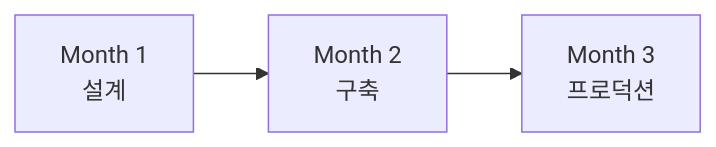
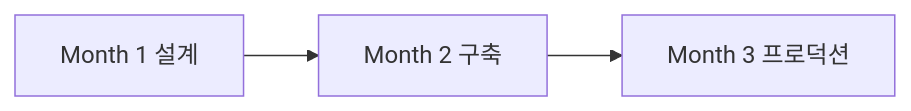
The first of 2 diagrams in 05-action/56-timeline.md (Kanghyeop/pages-book-agent101), drawn with Mermaid before and after one commit. The commit also changed 48 other files, not shown here.

First line of the commit message:
fix: Mermaid 렌더링 + SVG 경로 수정

````diff
--- a/05-action/56-timeline.md
+++ b/05-action/56-timeline.md
@@ -181,4 +181,4 @@
 ```mermaid
 flowchart LR
-    M1[Month 1<br/>설계] --> M2[Month 2<br/>구축] --> M3[Month 3<br/>프로덕션]
+    M1[Month 1 설계] --> M2[Month 2 구축] --> M3[Month 3 프로덕션]
 ```
````
